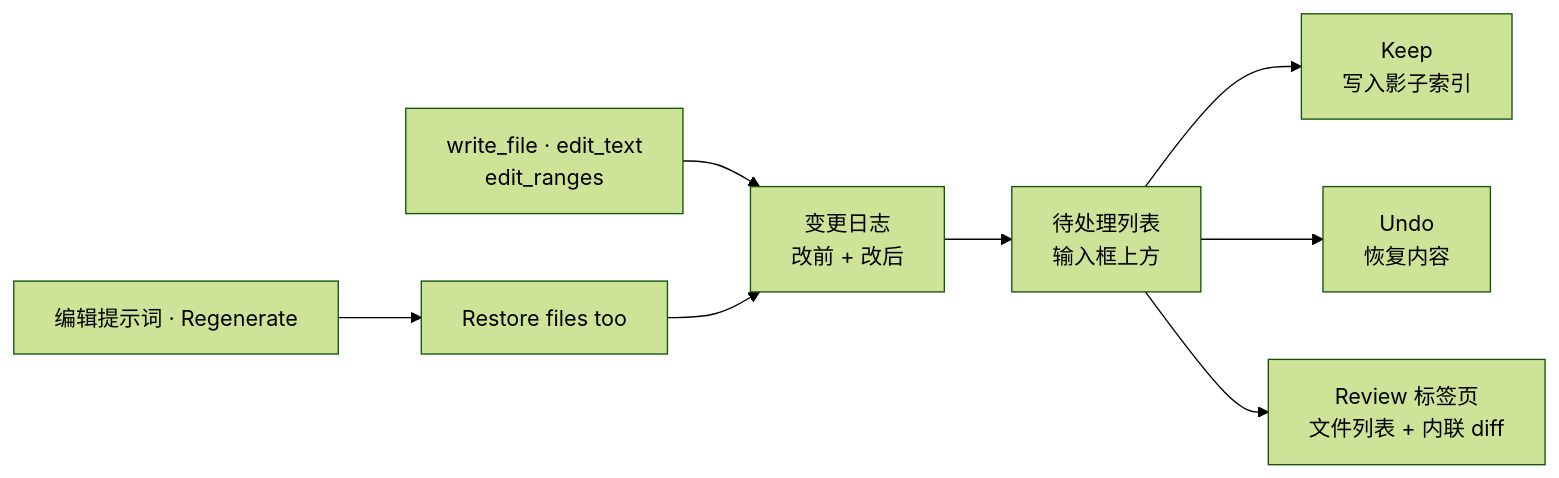
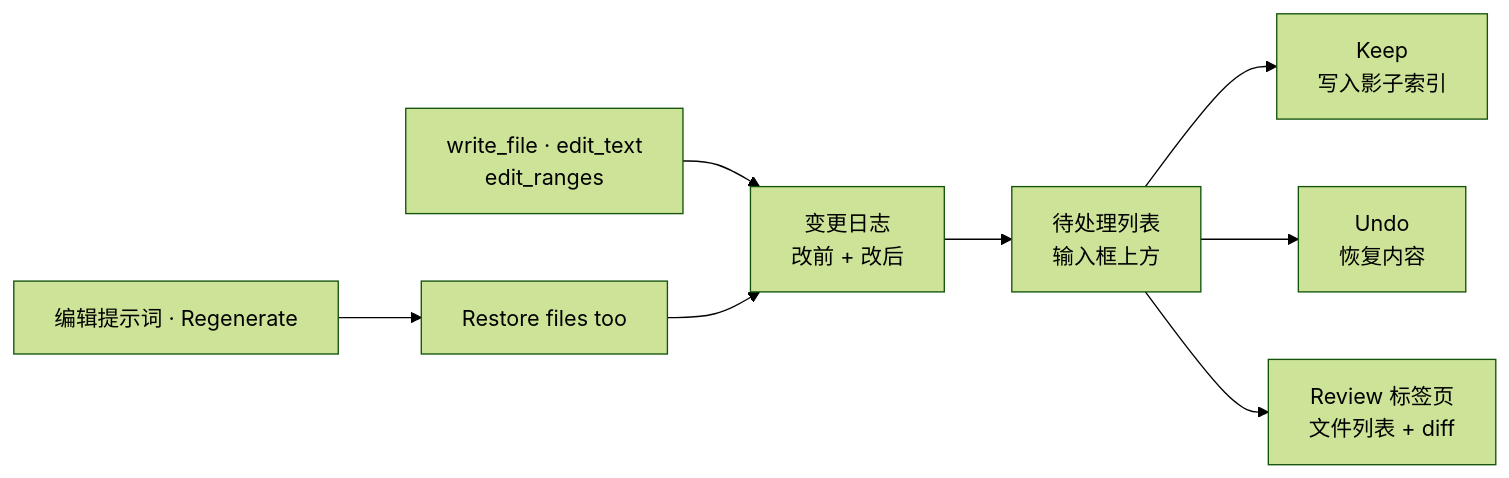
Before and after one commit to zeroDtree/comonad-vscode-extension: the diagram in docs/zh/guide/checkpoints.md, drawn with Mermaid (forest theme). The commit also changed other lines of this file and 28 other files, not shown here.

````diff
--- a/docs/zh/guide/checkpoints.md
+++ b/docs/zh/guide/checkpoints.md
@@ -6,10 +6,10 @@
 ```mermaid
 flowchart LR
   Write["write_file · edit_text<br/>edit_ranges"] --> Journal["变更日志<br/>改前 + 改后"]
   Journal --> Pending["待处理列表<br/>输入框上方"]
   Pending --> Keep["Keep<br/>写入影子索引"]
   Pending --> Undo["Undo<br/>恢复内容"]
-  Pending --> Review["Review 标签页<br/>文件列表 + 内联 diff"]
+  Pending --> Review["Review 标签页<br/>文件列表 + diff"]
   Prompt["编辑提示词 · Regenerate"] --> Restore["Restore files too"]
   Restore --> Journal
 ```
````
